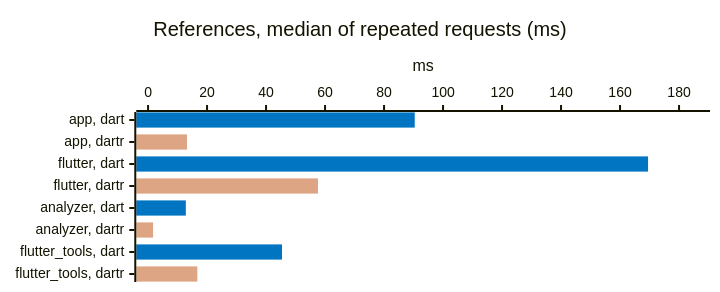
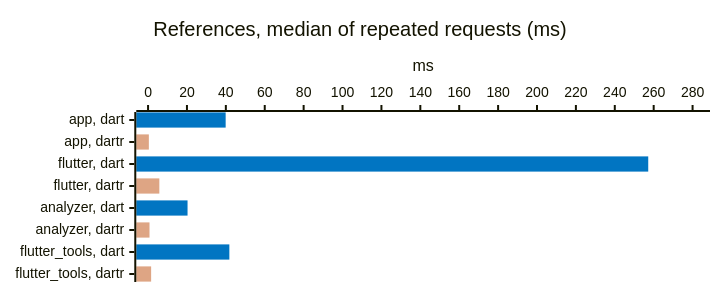
One commit to orestesgaolin/dartr changed the eighth of 15 diagrams in docs/BENCHMARKS.md. Above: the diagram before and after it, drawn with Mermaid. The commit also changed other lines of this file and 3 other files, not shown here.

````diff
--- a/docs/BENCHMARKS.md
+++ b/docs/BENCHMARKS.md
@@ -151,17 +151,17 @@
 ```mermaid
 ---
 config:
   xyChart:
     height: 272
   themeVariables:
     xyChart:
       plotColorPalette: "#0175C2, #DEA584"
 ---
 xychart-beta horizontal
     %% -100 = no bar: one series per measurement gives each its own color
     title "References, median of repeated requests (ms)"
     x-axis ["app, dart", "app, dartr", "flutter, dart", "flutter, dartr", "analyzer, dart", "analyzer, dartr", "flutter_tools, dart", "flutter_tools, dartr"]
-    y-axis "ms" 0 --> 186.5
-    bar [90.4, -100, 169.5, -100, 12.8, -100, 45.4, -100]
-    bar [-100, 13.2, -100, 57.6, -100, 1.7, -100, 16.7]
+    y-axis "ms" 0 --> 282.9
+    bar [39.9, -100, 257.2, -100, 20.3, -100, 41.8, -100]
+    bar [-100, 0.403, -100, 5.8, -100, 0.742, -100, 1.58]
 ```
````
